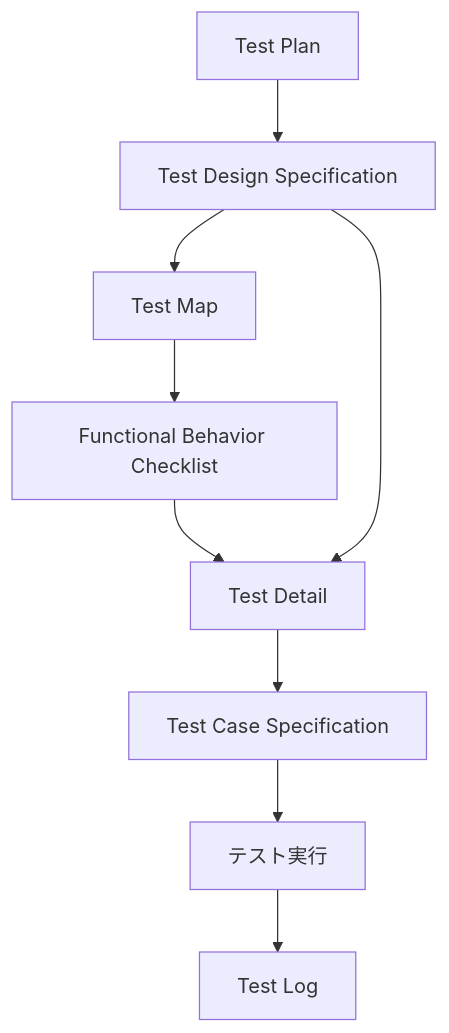
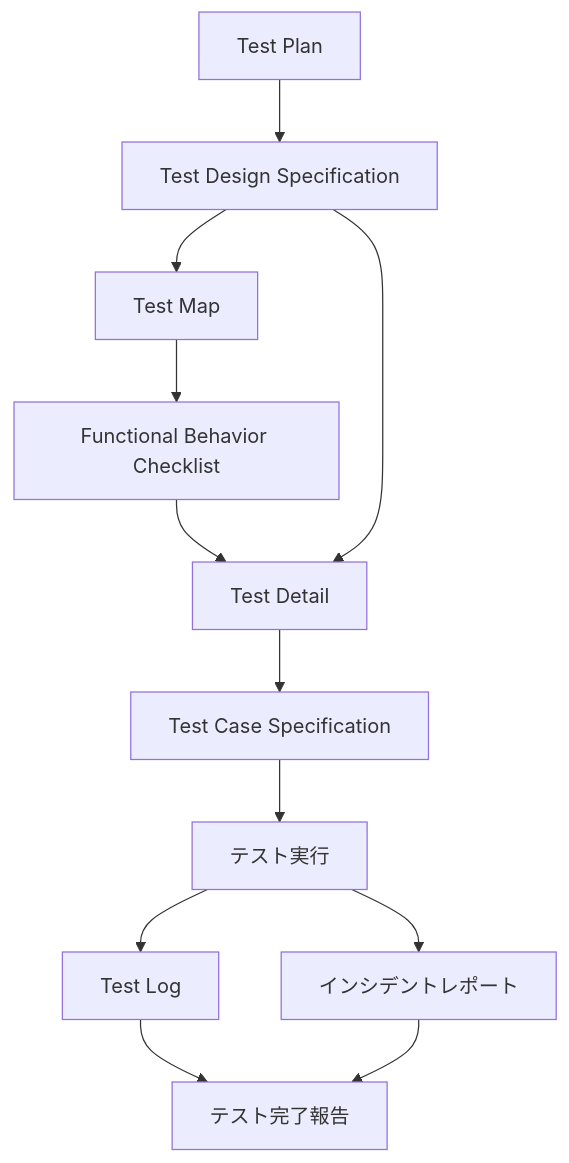
One commit to yuusakuri/dev-rules changed the diagram in guidelines/documentation/test-documentation-guidelines.md. Above: the diagram before and after it, drawn with Mermaid. The commit also changed other lines of this file and 8 other files, not shown here.

````diff
--- a/guidelines/documentation/test-documentation-guidelines.md
+++ b/guidelines/documentation/test-documentation-guidelines.md
@@ -33,11 +42,14 @@
 ```mermaid
 flowchart TD
     PLAN["Test Plan"] --> DESIGN["Test Design Specification"]
     DESIGN --> MAP["Test Map"]
     MAP --> FUNC["Functional Behavior Checklist"]
     FUNC --> DETAIL["Test Detail"]
     DESIGN --> DETAIL
     DETAIL --> CASE["Test Case Specification"]
     CASE --> EXEC["テスト実行"]
     EXEC --> LOG["Test Log"]
+    EXEC --> INCIDENT["インシデントレポート"]
+    LOG --> REPORT["テスト完了報告"]
+    INCIDENT --> REPORT
 ```
````
